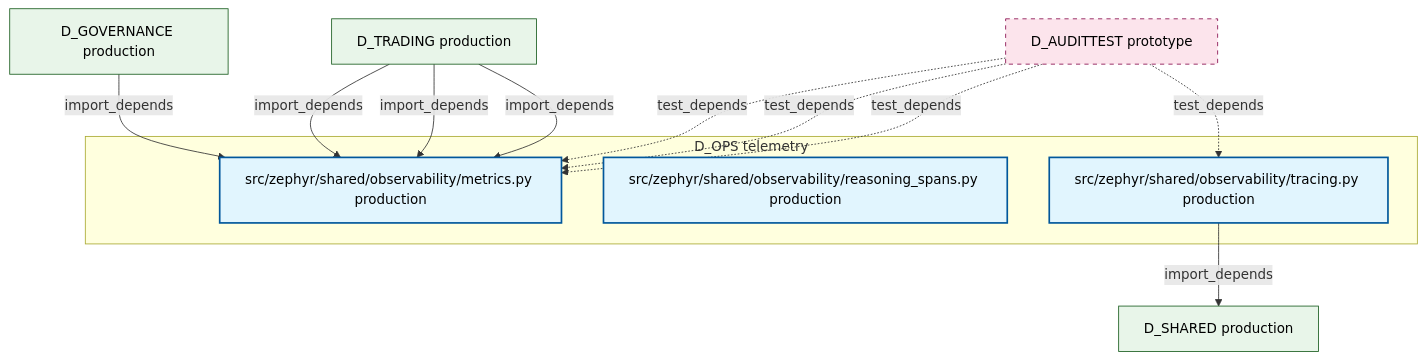
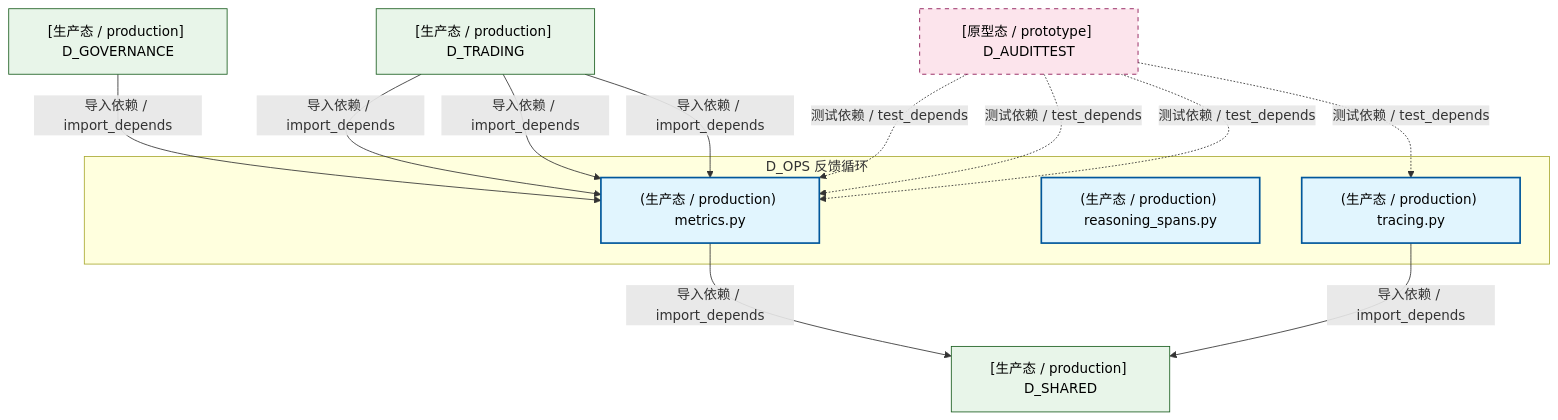
Before and after one commit to xuanFelixVan/ZephyrAlpha: the diagram in docs/02_enterprise_architecture/02_domain_architecture_docs/15_d_ops.md, drawn with Mermaid. The commit also changed other lines of this file and 100 other files, not shown here.

````diff
--- a/docs/02_enterprise_architecture/02_domain_architecture_docs/15_d_ops.md
+++ b/docs/02_enterprise_architecture/02_domain_architecture_docs/15_d_ops.md
@@ -47,28 +49,29 @@
 ```mermaid
 graph TD
-    subgraph D_OPS["D_OPS telemetry"]
-        src_zephyr_shared_observability_metrics_py["src/zephyr/shared/observability/metrics.py production"]
-        src_zephyr_shared_observability_reasoning_spans_py["src/zephyr/shared/observability/reasoning_spans.py production"]
-        src_zephyr_shared_observability_tracing_py["src/zephyr/shared/observability/tracing.py production"]
+    subgraph D_OPS["D_OPS 反馈循环"]
+        src_zephyr_shared_observability_metrics_py["(生产态 / production) metrics.py"]
+        src_zephyr_shared_observability_reasoning_spans_py["(生产态 / production) reasoning_spans.py"]
+        src_zephyr_shared_observability_tracing_py["(生产态 / production) tracing.py"]
     end
-    D_SHARED["D_SHARED production"]
-    src_zephyr_shared_observability_tracing_py -->|import_depends| D_SHARED
-    D_GOVERNANCE["D_GOVERNANCE production"]
-    D_GOVERNANCE -->|import_depends| src_zephyr_shared_observability_metrics_py
-    D_TRADING["D_TRADING production"]
-    D_TRADING -->|import_depends| src_zephyr_shared_observability_metrics_py
-    D_TRADING -->|import_depends| src_zephyr_shared_observability_metrics_py
-    D_TRADING -->|import_depends| src_zephyr_shared_observability_metrics_py
-    D_AUDITTEST["D_AUDITTEST prototype"]
-    D_AUDITTEST -.->|test_depends| src_zephyr_shared_observability_metrics_py
-    D_AUDITTEST -.->|test_depends| src_zephyr_shared_observability_metrics_py
-    D_AUDITTEST -.->|test_depends| src_zephyr_shared_observability_metrics_py
-    D_AUDITTEST -.->|test_depends| src_zephyr_shared_observability_tracing_py
+    D_SHARED["[生产态 / production] D_SHARED"]
+    src_zephyr_shared_observability_metrics_py -->|导入依赖 / import_depends| D_SHARED
+    src_zephyr_shared_observability_tracing_py -->|导入依赖 / import_depends| D_SHARED
+    D_GOVERNANCE["[生产态 / production] D_GOVERNANCE"]
+    D_GOVERNANCE -->|导入依赖 / import_depends| src_zephyr_shared_observability_metrics_py
+    D_TRADING["[生产态 / production] D_TRADING"]
+    D_TRADING -->|导入依赖 / import_depends| src_zephyr_shared_observability_metrics_py
+    D_TRADING -->|导入依赖 / import_depends| src_zephyr_shared_observability_metrics_py
+    D_TRADING -->|导入依赖 / import_depends| src_zephyr_shared_observability_metrics_py
+    D_AUDITTEST["[原型态 / prototype] D_AUDITTEST"]
+    D_AUDITTEST -.->|测试依赖 / test_depends| src_zephyr_shared_observability_metrics_py
+    D_AUDITTEST -.->|测试依赖 / test_depends| src_zephyr_shared_observability_metrics_py
+    D_AUDITTEST -.->|测试依赖 / test_depends| src_zephyr_shared_observability_metrics_py
+    D_AUDITTEST -.->|测试依赖 / test_depends| src_zephyr_shared_observability_tracing_py
     classDef production fill:#e1f5fe,stroke:#01579b,stroke-width:2px,color:#000
     classDef design fill:#fff3e0,stroke:#e65100,stroke-width:2px,color:#000,stroke-dasharray: 5 5
     classDef external_prod fill:#e8f5e9,stroke:#1b5e20,stroke-width:1px,color:#000
     classDef external_design fill:#fce4ec,stroke:#880e4f,stroke-width:1px,color:#000,stroke-dasharray: 5 5
     class src_zephyr_shared_observability_metrics_py,src_zephyr_shared_observability_reasoning_spans_py,src_zephyr_shared_observability_tracing_py production
     class D_SHARED,D_GOVERNANCE,D_TRADING external_prod
     class D_AUDITTEST external_design
 ```
````
